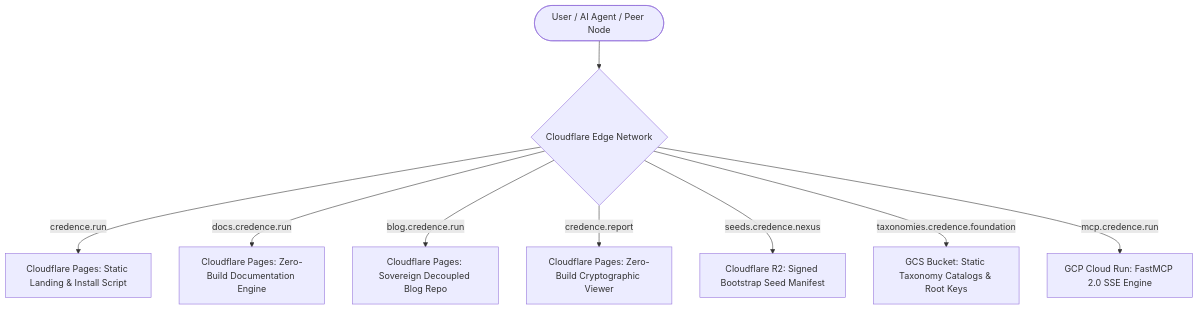
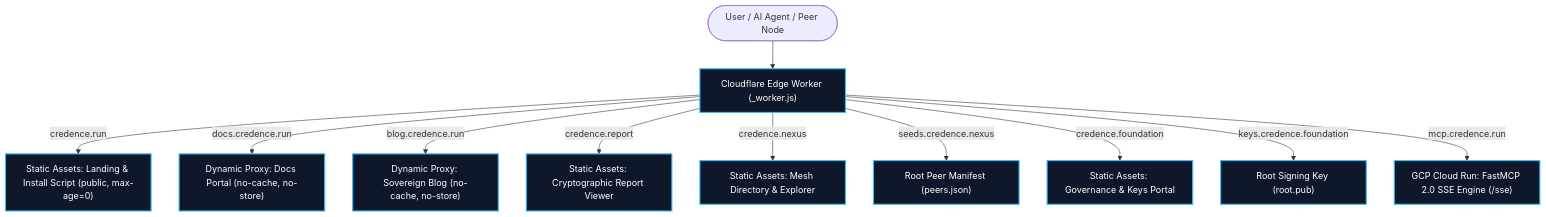
The diagram in docs/operator-guide.md (artibyrd/credence-docs), drawn with Mermaid before and after one commit. The commit also changed other lines of this file and 165 other files, not shown here.

````diff
--- a/docs/operator-guide.md
+++ b/docs/operator-guide.md
@@ -34,12 +34,17 @@
 ```mermaid
-graph TD
-    User([User / AI Agent / Peer Node]) --> CF{Cloudflare Edge Network}
+flowchart TD
+    User([User / AI Agent / Peer Node]) --> Worker["Cloudflare Edge Worker (_worker.js)"]
     
-    CF -->|credence.run| Pages1[Cloudflare Pages: Static Landing & Install Script]
-    CF -->|docs.credence.run| Pages2[Cloudflare Pages: Zero-Build Documentation Engine]
-    CF -->|blog.credence.run| Pages3[Cloudflare Pages: Sovereign Decoupled Blog Repo]
-    CF -->|credence.report| Pages4[Cloudflare Pages: Zero-Build Cryptographic Viewer]
-    CF -->|seeds.credence.nexus| R2[Cloudflare R2: Signed Bootstrap Seed Manifest]
-    CF -->|taxonomies.credence.foundation| GCS[GCS Bucket: Static Taxonomy Catalogs & Root Keys]
-    CF -->|mcp.credence.run| CR[GCP Cloud Run: FastMCP 2.0 SSE Engine]
+    Worker -->|credence.run| Static1["Static Assets: Landing & Install Script (public, max-age=0)"]
+    Worker -->|docs.credence.run| Pages1["Dynamic Proxy: Docs Portal (no-cache, no-store)"]
+    Worker -->|blog.credence.run| Pages2["Dynamic Proxy: Sovereign Blog (no-cache, no-store)"]
+    Worker -->|credence.report| Static2["Static Assets: Cryptographic Report Viewer"]
+    Worker -->|credence.nexus| Static3["Static Assets: Mesh Directory & Explorer"]
+    Worker -->|seeds.credence.nexus| Seeds["Root Peer Manifest (peers.json)"]
+    Worker -->|credence.foundation| Static4["Static Assets: Governance & Keys Portal"]
+    Worker -->|keys.credence.foundation| Keys["Root Signing Key (root.pub)"]
+    Worker -->|mcp.credence.run| CR["GCP Cloud Run: FastMCP 2.0 SSE Engine (/sse)"]
+
+    classDef darkSlate fill:#0f172a,stroke:#38bdf8,stroke-width:2px,color:#fff;
+    class Worker,Static1,Pages1,Pages2,Static2,Static3,Seeds,Static4,Keys,CR darkSlate;
 ```
````
